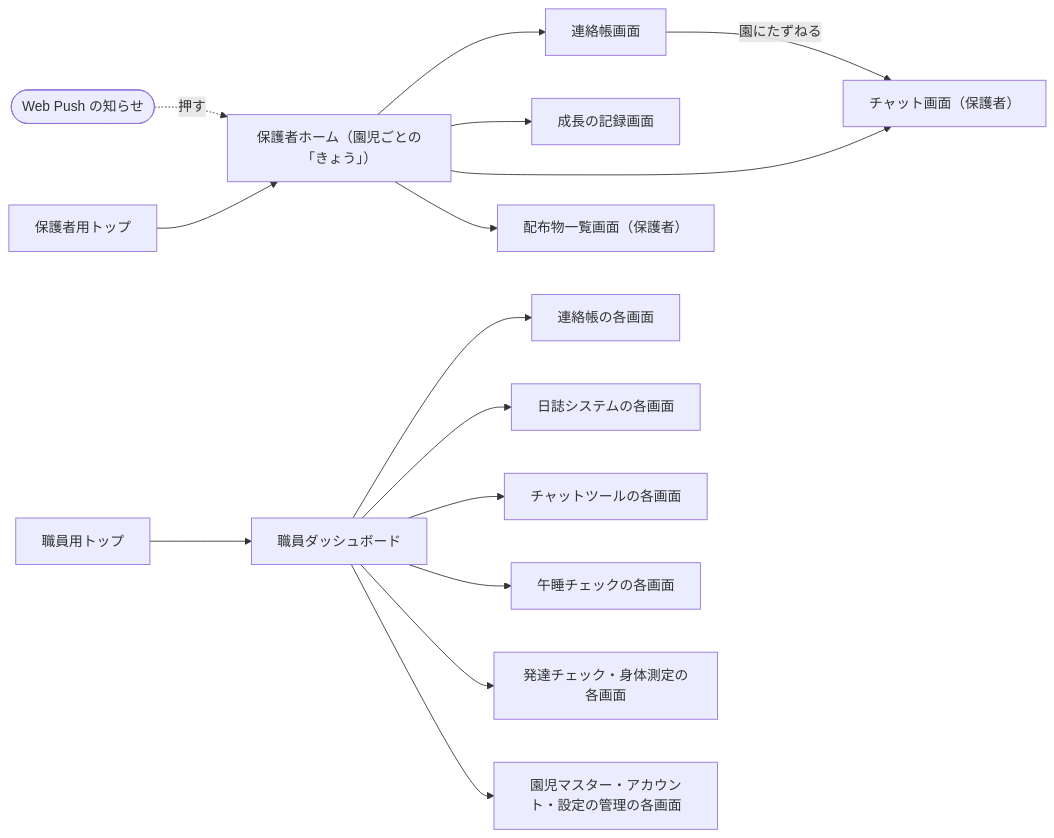
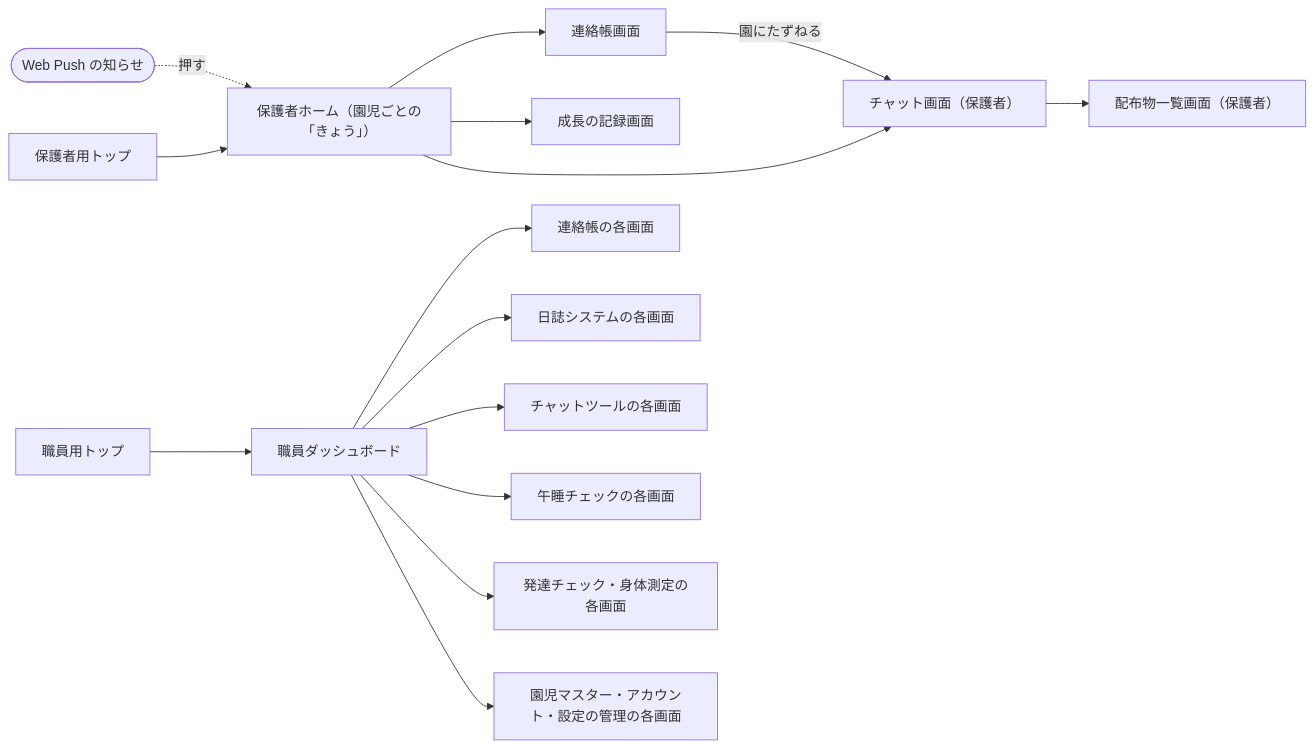
One commit to issei0423/sukusuku_system changed the first of 9 diagrams in 図/画面遷移図.md. Above: the diagram before and after it, drawn with Mermaid. The commit also changed other lines of this file and 6 other files, not shown here.

Commit message:
保護者の「園からの配布物」を、職員と同じくチャットから開く形に設計書を直した（要件定義書 第3.4版・基本設計書 第3.5版・詳細設計書 第1.5版・画面詳細図 第2.5版・画面遷移図 第2.4版）。理由を決定事項に、作業を進捗ログに書いた

````diff
--- a/図/画面遷移図.md
+++ b/図/画面遷移図.md
@@ -87,17 +88,17 @@
 ```mermaid
 flowchart LR
     WP(["Web Push の知らせ"]) -.->|押す| PH
     PT["保護者用トップ"] --> PH["保護者ホーム（園児ごとの「きょう」）"]
     ST["職員用トップ"] --> SD["職員ダッシュボード"]
     PH --> GCB["連絡帳画面"]
     PH --> GGR["成長の記録画面"]
     PH --> GCHAT["チャット画面（保護者）"]
-    PH --> GH["配布物一覧画面（保護者）"]
+    GCHAT --> GH["配布物一覧画面（保護者）"]
     GCB -->|園にたずねる| GCHAT
     SD --> CB["連絡帳の各画面"]
     SD --> DIARY["日誌システムの各画面"]
     SD --> SCHAT["チャットツールの各画面"]
     SD --> NAP["午睡チェックの各画面"]
     SD --> DEV["発達チェック・身体測定の各画面"]
     SD --> MST["園児マスター・アカウント・設定の管理の各画面"]
 ```
````
